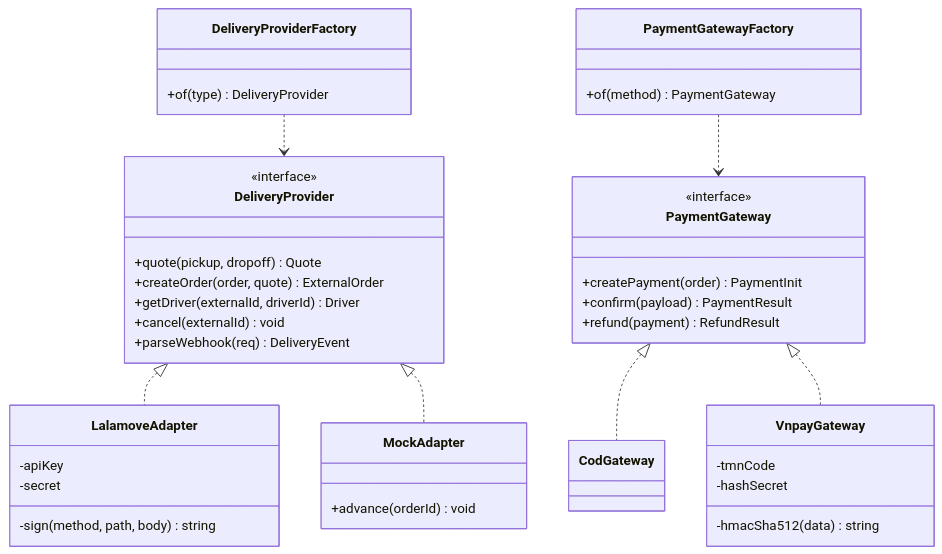
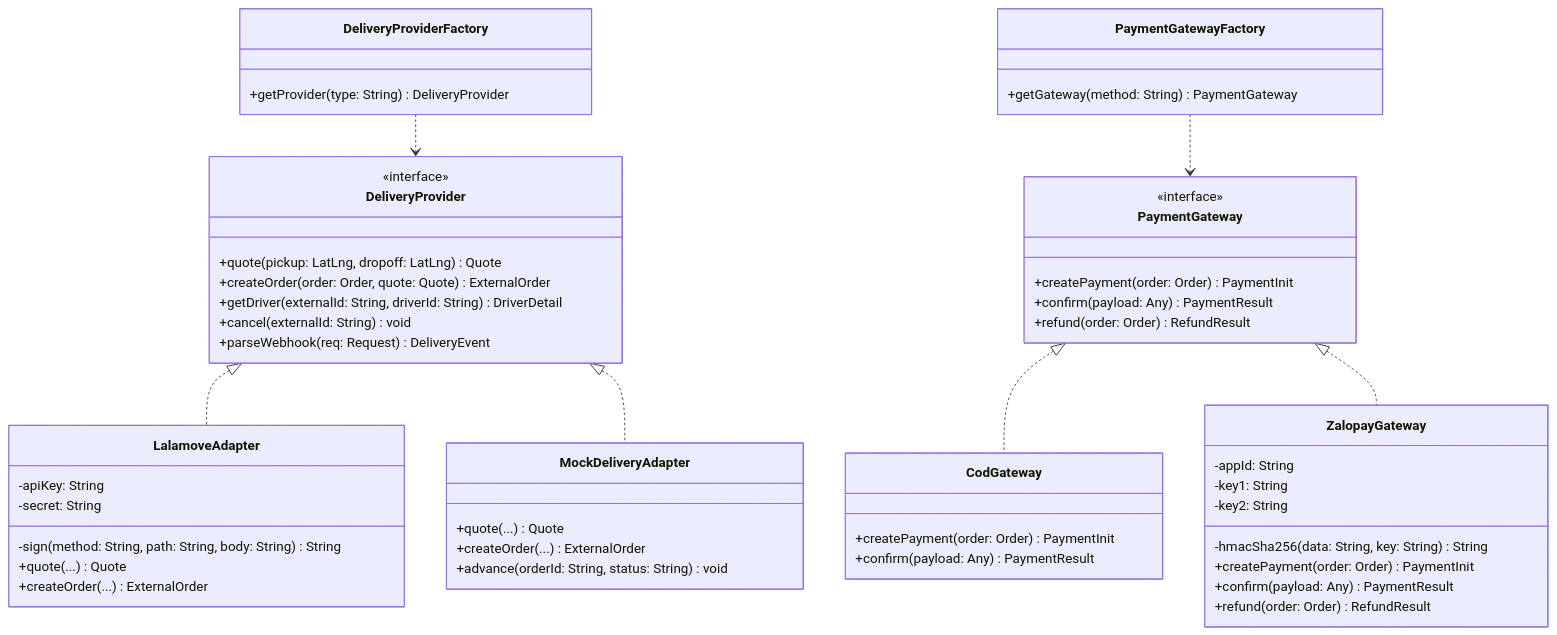
One commit to thanhpino/MobileAppFinalProject-MiaoSong changed the sixth of 10 diagrams in docs/06-state-data-class.md. Above: the diagram before and after it, drawn with Mermaid. The commit also changed other lines of this file and 51 other files, not shown here.

Commit message:
- completed class diagrams - completed activity diagrams - completed use case diagrams - completed test plans - adjusted the sequence diagrams from TMT after changing from vnpay to zalopay, and ggmap to openstreetmap

````diff
--- a/docs/06-state-data-class.md
+++ b/docs/06-state-data-class.md
@@ -228,44 +342,57 @@
 ```mermaid
 classDiagram
     class DeliveryProvider {
         <<interface>>
-        +quote(pickup, dropoff) Quote
-        +createOrder(order, quote) ExternalOrder
-        +getDriver(externalId, driverId) Driver
-        +cancel(externalId) void
-        +parseWebhook(req) DeliveryEvent
+        +quote(pickup: LatLng, dropoff: LatLng) Quote
+        +createOrder(order: Order, quote: Quote) ExternalOrder
+        +getDriver(externalId: String, driverId: String) DriverDetail
+        +cancel(externalId: String) void
+        +parseWebhook(req: Request) DeliveryEvent
     }
     class LalamoveAdapter {
-        -apiKey
-        -secret
-        -sign(method, path, body) string
+        -apiKey: String
+        -secret: String
+        -sign(method: String, path: String, body: String) String
+        +quote(...) Quote
+        +createOrder(...) ExternalOrder
     }
-    class MockAdapter {
-        +advance(orderId) void
+    class MockDeliveryAdapter {
+        +quote(...) Quote
+        +createOrder(...) ExternalOrder
+        +advance(orderId: String, status: String) void
     }
     class DeliveryProviderFactory {
-        +of(type) DeliveryProvider
+        +getProvider(type: String) DeliveryProvider
     }
+
     DeliveryProvider <|.. LalamoveAdapter
-    DeliveryProvider <|.. MockAdapter
+    DeliveryProvider <|.. MockDeliveryAdapter
     DeliveryProviderFactory ..> DeliveryProvider
 
     class PaymentGateway {
         <<interface>>
-        +createPayment(order) PaymentInit
-        +confirm(payload) PaymentResult
-        +refund(payment) RefundResult
+        +createPayment(order: Order) PaymentInit
+        +confirm(payload: Any) PaymentResult
+        +refund(order: Order) RefundResult
     }
-    class CodGateway
-    class VnpayGateway {
-        -tmnCode
-        -hashSecret
-        -hmacSha512(data) string
+    class CodGateway {
+        +createPayment(order: Order) PaymentInit
+        +confirm(payload: Any) PaymentResult
+    }
+    class ZalopayGateway {
+        -appId: String
+        -key1: String
+        -key2: String
+        -hmacSha256(data: String, key: String) String
+        +createPayment(order: Order) PaymentInit
+        +confirm(payload: Any) PaymentResult
+        +refund(order: Order) RefundResult
     }
     class PaymentGatewayFactory {
-        +of(method) PaymentGateway
+        +getGateway(method: String) PaymentGateway
     }
+
     PaymentGateway <|.. CodGateway
-    PaymentGateway <|.. VnpayGateway
+    PaymentGateway <|.. ZalopayGateway
     PaymentGatewayFactory ..> PaymentGateway
 ```
````
